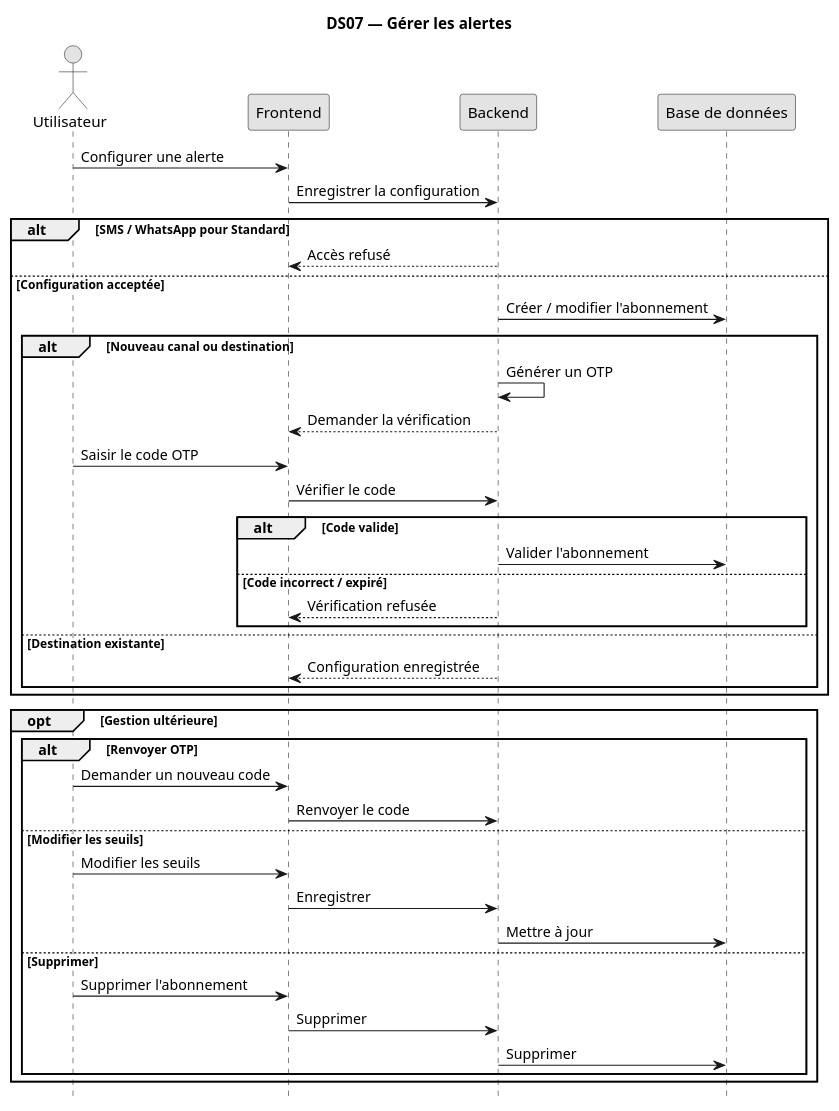
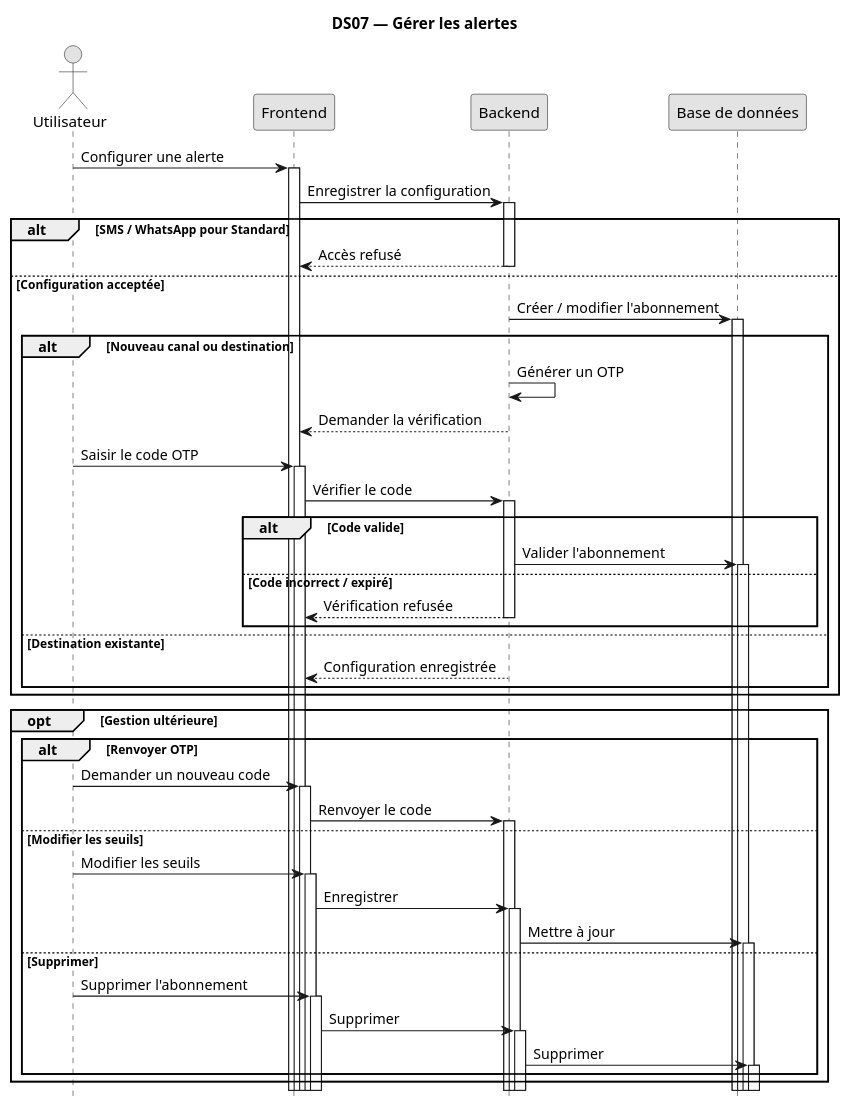
One commit to TkAbeleon/NoteAcemiqueProjetSoutenanceL3 changed the diagram in UML_JeryMotro/DS07_Gerer_alertes.plantuml. Above: the diagram before and after it, drawn with PlantUML. The commit also changed 17 other files, not shown here.

Commit message:
style(DS): standardiser les activations UML

```diff
--- a/UML_JeryMotro/DS07_Gerer_alertes.plantuml
+++ b/UML_JeryMotro/DS07_Gerer_alertes.plantuml
@@ -1,51 +1,69 @@
 @startuml
 skinparam monochrome true
 
 title DS07 — Gérer les alertes
 hide footbox
 skinparam shadowing false
 
 actor "Utilisateur" as U
 participant "Frontend" as F
 participant "Backend" as B
 participant "Base de données" as DB
 
 U -> F : Configurer une alerte
+activate F
 F -> B : Enregistrer la configuration
+activate B
 
 alt SMS / WhatsApp pour Standard
     B --> F : Accès refusé
+    deactivate B
 else Configuration acceptée
     B -> DB : Créer / modifier l'abonnement
+    activate DB
 
     alt Nouveau canal ou destination
         B -> B : Générer un OTP
         B --> F : Demander la vérification
+        deactivate B
         U -> F : Saisir le code OTP
+        activate F
         F -> B : Vérifier le code
+        activate B
         alt Code valide
             B -> DB : Valider l'abonnement
+            activate DB
         else Code incorrect / expiré
             B --> F : Vérification refusée
+            deactivate B
         end
     else Destination existante
         B --> F : Configuration enregistrée
+        deactivate B
     end
 end
 
 opt Gestion ultérieure
     alt Renvoyer OTP
         U -> F : Demander un nouveau code
+        activate F
         F -> B : Renvoyer le code
+        activate B
     else Modifier les seuils
         U -> F : Modifier les seuils
+        activate F
         F -> B : Enregistrer
+        activate B
         B -> DB : Mettre à jour
+        activate DB
     else Supprimer
         U -> F : Supprimer l'abonnement
+        activate F
         F -> B : Supprimer
+        activate B
         B -> DB : Supprimer
+        activate DB
     end
 end
 
 @enduml
```
